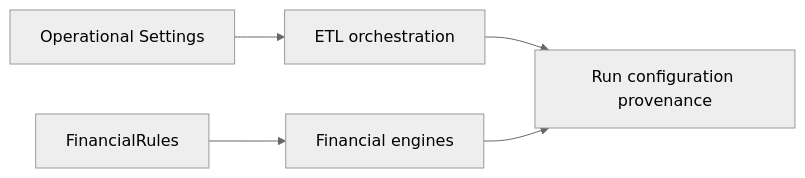
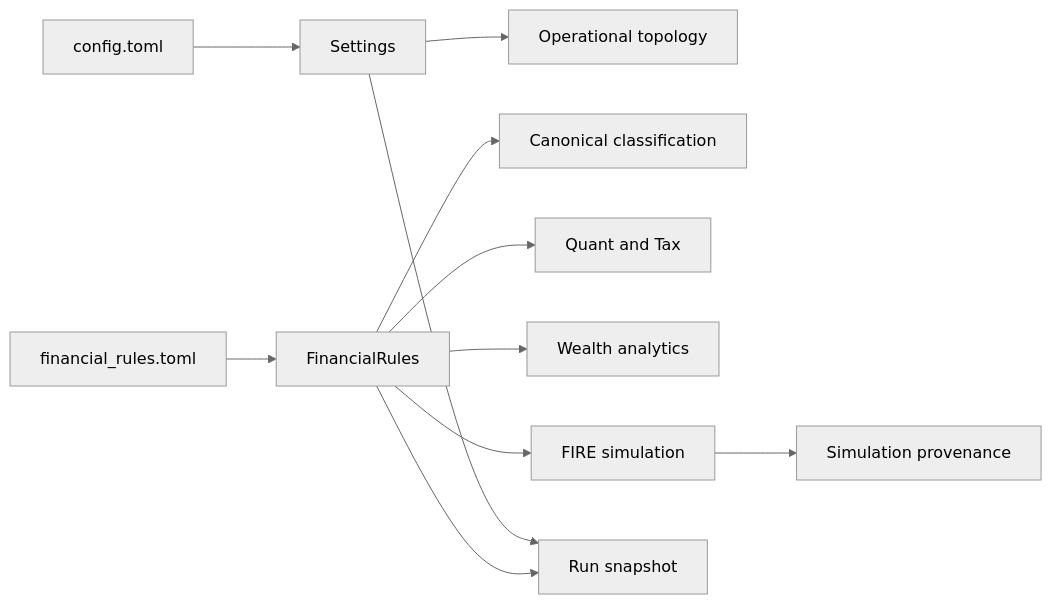
One commit to tks18/personal-finance-etl changed the diagram in docs/configuration/README.md. Above: the diagram before and after it, drawn with Mermaid (neutral theme). The commit also changed other lines of this file, not shown here.

````diff
--- a/docs/configuration/README.md
+++ b/docs/configuration/README.md
@@ -5,7 +5,13 @@
 ```mermaid
 flowchart LR
- S[Operational Settings] --> ETL[ETL orchestration]
- R[FinancialRules] --> ENG[Financial engines]
- ETL --> CP[Run configuration provenance]
- ENG --> CP
+    TOML1[config.toml] --> S[Settings]
+    TOML2[financial_rules.toml] --> F[FinancialRules]
+    S --> O[Operational topology]
+    F --> C[Canonical classification]
+    F --> Q[Quant and Tax]
+    F --> W[Wealth analytics]
+    F --> MC[FIRE simulation]
+    S --> CP[Run snapshot]
+    F --> CP
+    MC --> SP[Simulation provenance]
 ```
````
